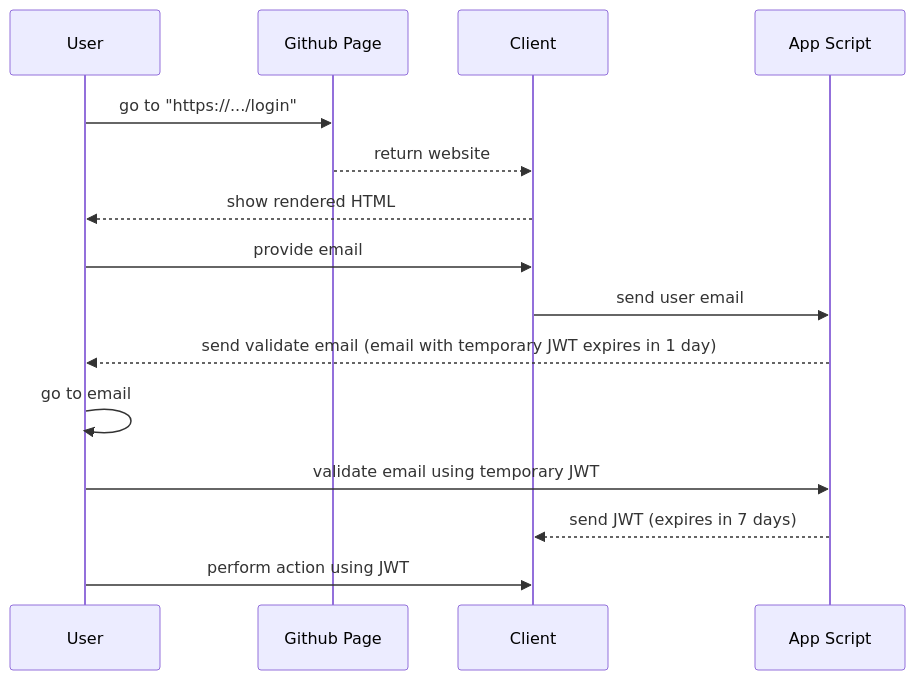
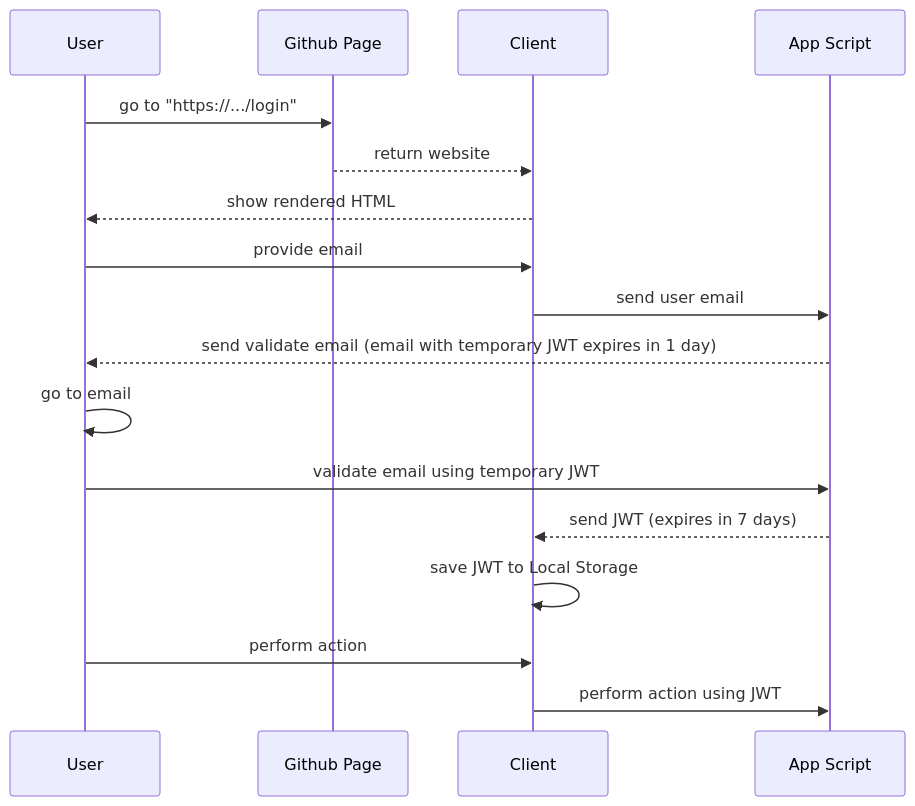
Before and after one commit to daovietanh190499/Shopsmon: the ninth of 9 diagrams in README.md, drawn with Mermaid. The commit also changed other lines of this file, not shown here.

````diff
--- a/README.md
+++ b/README.md
@@ -197,13 +197,15 @@
 ```mermaid
 sequenceDiagram
 User ->> Github Page: go to "https://.../login"
 Github Page -->> Client: return website
 Client -->> User: show rendered HTML
 User ->> Client: provide email
 Client ->> App Script: send user email
 App Script -->> User: send validate email (email with temporary JWT expires in 1 day)
 User ->> User: go to email
 User ->> App Script: validate email using temporary JWT
 App Script-->>Client: send JWT (expires in 7 days)
-User ->> Client: perform action using JWT
+Client ->> Client: save JWT to Local Storage
+User ->> Client: perform action
+Client ->> App Script: perform action using JWT
 ```
````
